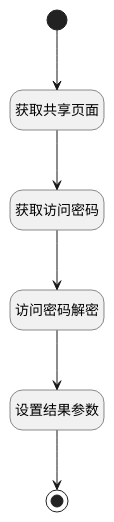
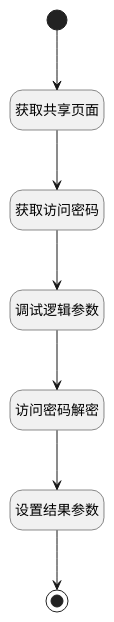
The diagram in doc/docsify/module/Wiki/article_page/logic/get_shared_info.md (iBizLab/iBizPLM), drawn with PlantUML before and after one commit. The commit also changed other lines of this file and 1454 other files, not shown here.

````diff
--- a/doc/docsify/module/Wiki/article_page/logic/get_shared_info.md
+++ b/doc/docsify/module/Wiki/article_page/logic/get_shared_info.md
@@ -7,27 +7,29 @@
 ```plantuml
 @startuml
 hide empty description
 <style>
 root {
   HyperlinkColor #42b983
 }
 </style>
 
 hide empty description
 state "开始" as Begin <<start>> [[$./get_shared_info#begin {"开始"}]]
 state "获取共享页面" as DEACTION1  [[$./get_shared_info#deaction1 {"获取共享页面"}]]
 state "获取访问密码" as RAWSQLCALL1  [[$./get_shared_info#rawsqlcall1 {"获取访问密码"}]]
 state "访问密码解密" as DELOGIC1  [[$./get_shared_info#delogic1 {"访问密码解密"}]]
+state "调试逻辑参数" as DEBUGPARAM1  [[$./get_shared_info#debugparam1 {"调试逻辑参数"}]]
 state "设置结果参数" as PREPAREPARAM2  [[$./get_shared_info#prepareparam2 {"设置结果参数"}]]
 state "结束" as END1 <<end>> [[$./get_shared_info#end1 {"结束"}]]
 
 
 Begin --> DEACTION1
 DEACTION1 --> RAWSQLCALL1
-RAWSQLCALL1 --> DELOGIC1
+RAWSQLCALL1 --> DEBUGPARAM1
+DEBUGPARAM1 --> DELOGIC1
 DELOGIC1 --> PREPAREPARAM2
 PREPAREPARAM2 --> END1
 
 
 @enduml
 ```
````
